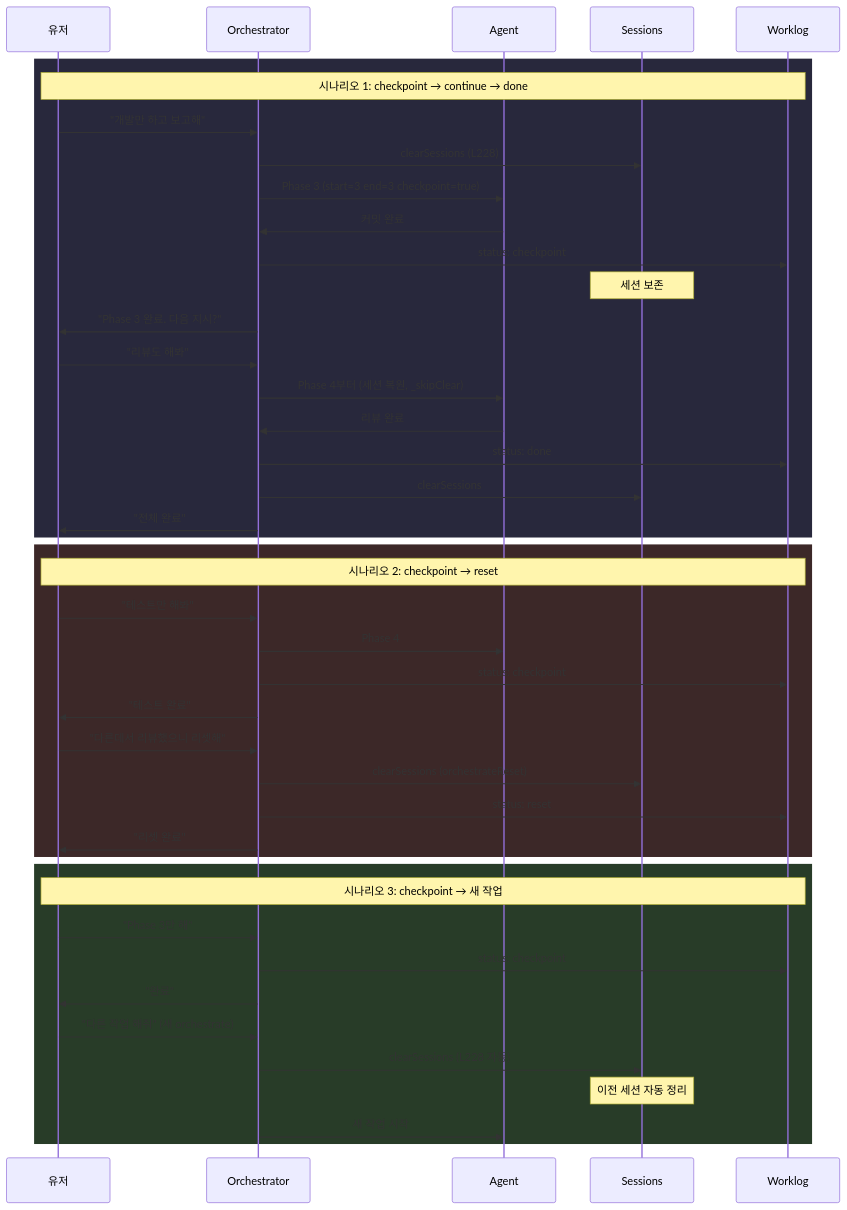
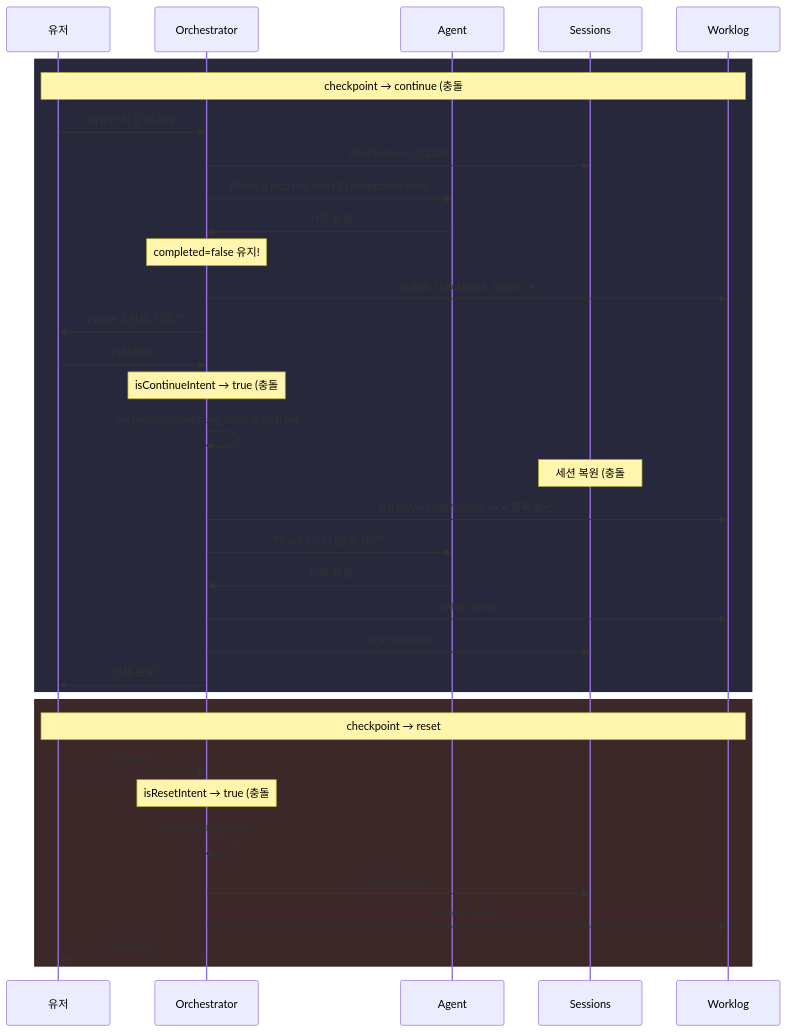
One commit to bitkyc08-arch/cli-jaw changed the second of 2 diagrams in devlog/260226_session_cleanup/PLAN.md. Above: the diagram before and after it, drawn with Mermaid. The commit also changed other lines of this file, not shown here.

Commit message:
docs: PLAN v2 — fix 5 review conflicts (resume cursor pattern, _skipClear 3-point, intent expansion)

````diff
--- a/devlog/260226_session_cleanup/PLAN.md
+++ b/devlog/260226_session_cleanup/PLAN.md
@@ -328,48 +302,39 @@
 ```mermaid
 sequenceDiagram
     participant U as 유저
     participant O as Orchestrator
     participant A as Agent
     participant DB as Sessions
     participant W as Worklog
 
     rect rgb(40, 40, 60)
-    Note over U,W: 시나리오 1: checkpoint → continue → done
+    Note over U,W: checkpoint → continue (충돌 #1 해결)
     U->>O: "개발만 하고 보고해"
     O->>DB: clearSessions (L228)
     O->>A: Phase 3 (start=3 end=3 checkpoint=true)
     A->>O: 커밋 완료
-    O->>W: status: checkpoint
-    Note over DB: 세션 보존
-    O->>U: "Phase 3 완료. 다음 지시?"
-    U->>O: "리뷰도 해봐"
-    O->>A: Phase 4부터 (세션 복원, _skipClear)
+    Note over O: completed=false 유지!
+    O->>W: status: checkpoint, matrix: ⏸
+    O->>U: "Phase 3 완료. 다음?"
+    U->>O: "리뷰해봐"
+    Note over O: isContinueIntent → true (충돌 #3 해결)
+    O->>O: orchestrateContinue(_skipClear=true)
+    Note over DB: 세션 복원 (충돌 #2 해결)
+    O->>W: parseWorklogPending → ⏸ 항목 발견
+    O->>A: Phase 4부터 (같은 세션)
     A->>O: 리뷰 완료
     O->>W: status: done
     O->>DB: clearSessions
     O->>U: "전체 완료"
     end
 
     rect rgb(60, 40, 40)
-    Note over U,W: 시나리오 2: checkpoint → reset
-    U->>O: "테스트만 해봐"
-    O->>A: Phase 4
-    O->>W: status: checkpoint
-    O->>U: "테스트 완료"
-    U->>O: "다른데서 리뷰했으니 리셋해"
-    O->>DB: clearSessions (orchestrateReset)
+    Note over U,W: checkpoint → reset
+    U->>O: "리셋해"
+    Note over O: isResetIntent → true (충돌 #4 해결)
+    O->>O: orchestrateReset()
+    O->>DB: clearSessions
     O->>W: status: reset
     O->>U: "리셋 완료"
     end
-
-    rect rgb(40, 60, 40)
-    Note over U,W: 시나리오 3: checkpoint → 새 작업
-    U->>O: "Phase 3만 해"
-    O->>W: status: checkpoint
-    O->>U: "완료"
-    U->>O: "다른 작업 해줘" (새 orchestrate)
-    O->>DB: clearSessions (L228 자동)
-    Note over DB: 이전 세션 자동 정리
-    O->>A: 새 작업 시작
-    end
 ```
````
